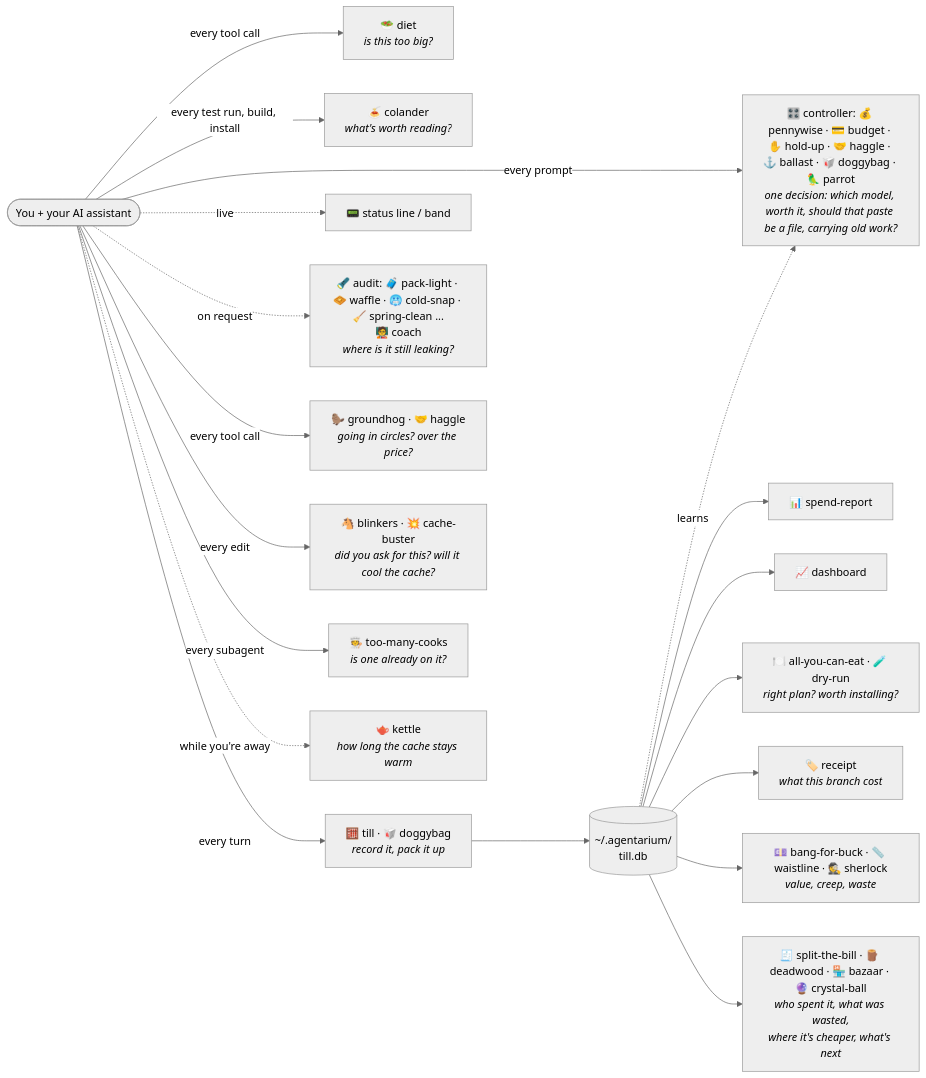
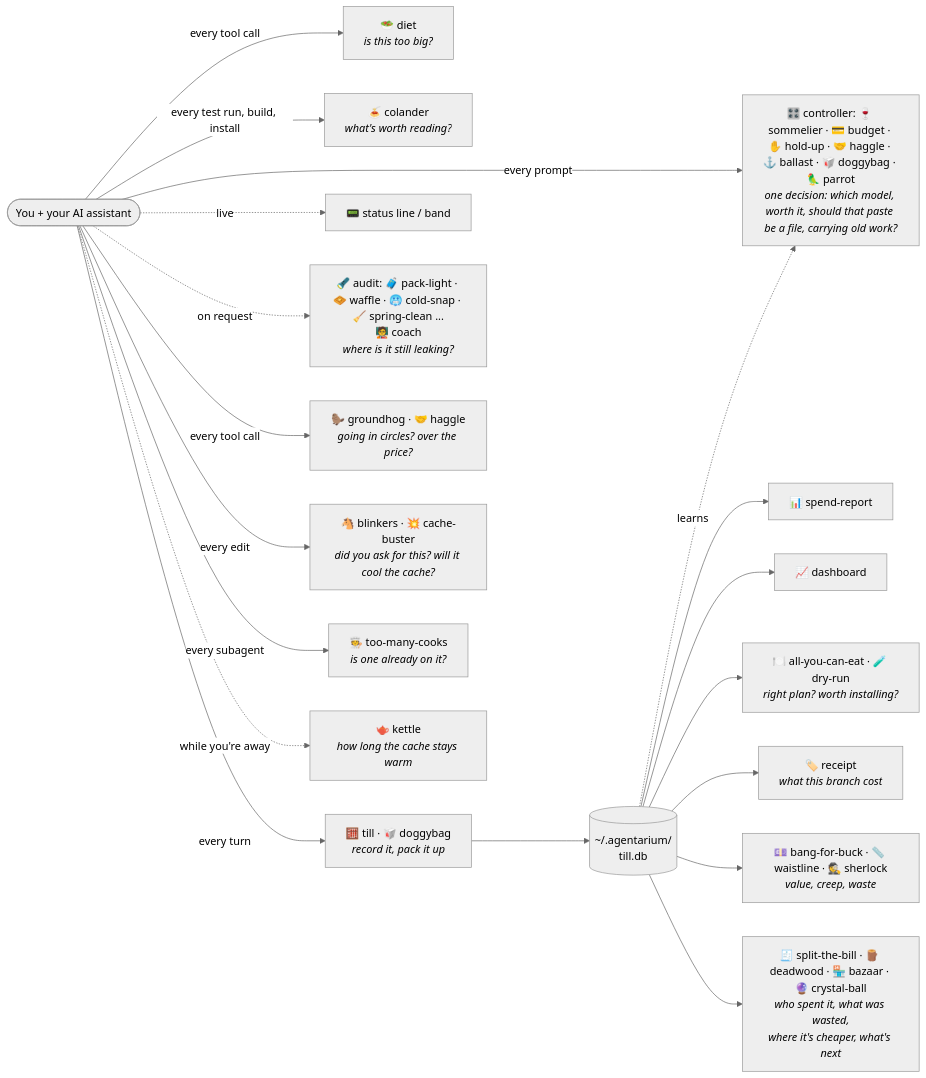
The diagram in README.md (andrew44/agentarium), drawn with Mermaid (neutral theme) before and after one commit. The commit also changed other lines of this file and 56 other files, not shown here.

First line of the commit message:
Rename pennywise to sommelier

````diff
--- a/README.md
+++ b/README.md
@@ -583,21 +583,21 @@
 ```mermaid
 flowchart LR
-    You(["You + your AI assistant"]) -->|every prompt| G["🎛️ controller: 💰 pennywise · 💳 budget · ✋ hold-up · 🤝 haggle · ⚓ ballast · 🥡 doggybag · 🦜 parrot<br/><i>one decision: which model, worth it, should that paste be a file, carrying old work?</i>"]
+    You(["You + your AI assistant"]) -->|every prompt| G["🎛️ controller: 🍷 sommelier · 💳 budget · ✋ hold-up · 🤝 haggle · ⚓ ballast · 🥡 doggybag · 🦜 parrot<br/><i>one decision: which model, worth it, should that paste be a file, carrying old work?</i>"]
     You -->|every tool call| D["🥗 diet<br/><i>is this too big?</i>"]
     You -->|every test run, build, install| CO["🍝 colander<br/><i>what's worth reading?</i>"]
     You -->|every turn| S["🧮 till · 🥡 doggybag<br/><i>record it, pack it up</i>"]
     S --> DB[("~/.agentarium/<br/>till.db")]
     DB --> R["📊 spend-report"]
     DB --> W["📈 dashboard"]
     You -.->|live| B["📟 status line / band"]
     You -.->|on request| C["🔦 audit: 🧳 pack-light · 🧇 waffle · 🥶 cold-snap · 🧹 spring-clean ...<br/>🧑‍🏫 coach<br/><i>where is it still leaking?</i>"]
     DB --> A["🍽️ all-you-can-eat · 🧪 dry-run<br/><i>right plan? worth installing?</i>"]
     DB --> RC["🏷️ receipt<br/><i>what this branch cost</i>"]
     You -->|every tool call| L["🦫 groundhog · 🤝 haggle<br/><i>going in circles? over the price?</i>"]
     DB -.->|learns| G
     DB --> V["💷 bang-for-buck · 📏 waistline · 🕵️ sherlock<br/><i>value, creep, waste</i>"]
     You -->|every edit| BL["🐴 blinkers · 💥 cache-buster<br/><i>did you ask for this? will it cool the cache?</i>"]
     You -->|every subagent| TM["🧑‍🍳 too-many-cooks<br/><i>is one already on it?</i>"]
     You -.->|while you're away| K["🫖 kettle<br/><i>how long the cache stays warm</i>"]
     DB --> X["🧾 split-the-bill · 🪵 deadwood · 🏪 bazaar · 🔮 crystal-ball<br/><i>who spent it, what was wasted,<br/>where it's cheaper, what's next</i>"]
 ```
````
